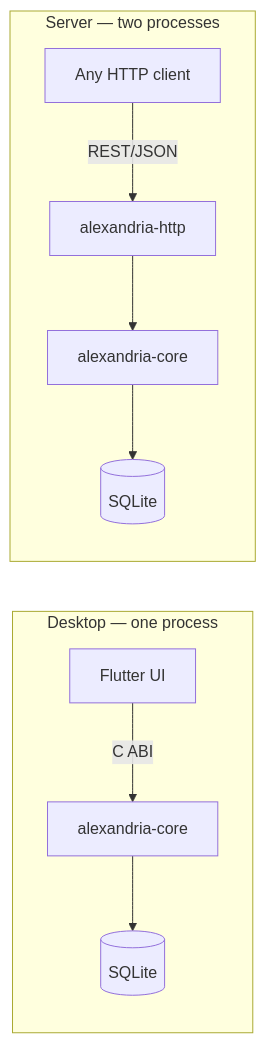
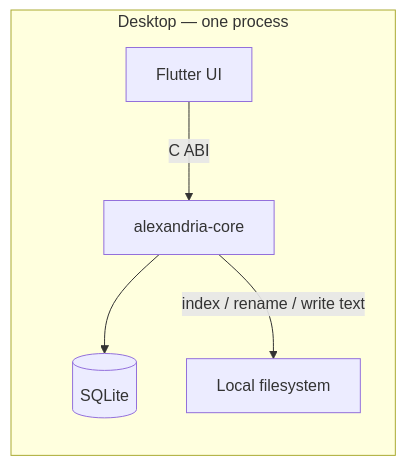
One commit to artur-rios/alexandria-docs changed the first of 8 diagrams in content/en/docs/architecture/_index.md. Above: the diagram before and after it, drawn with Mermaid. The commit also changed other lines of this file and 6 other files, not shown here.

````diff
--- a/content/en/docs/architecture/_index.md
+++ b/content/en/docs/architecture/_index.md
@@ -65,15 +17,9 @@
 ```mermaid
 graph LR
     subgraph inproc["Desktop — one process"]
         direction TB
         A1["Flutter UI"] -->|C ABI| A2["alexandria-core"]
         A2 --> A3[("SQLite")]
-    end
-
-    subgraph server["Server — two processes"]
-        direction TB
-        B1["Any HTTP client"] -->|REST/JSON| B2["alexandria-http"]
-        B2 --> B3["alexandria-core"]
-        B3 --> B4[("SQLite")]
+        A2 -->|index / rename / write text| A4["Local filesystem"]
     end
 ```
````
